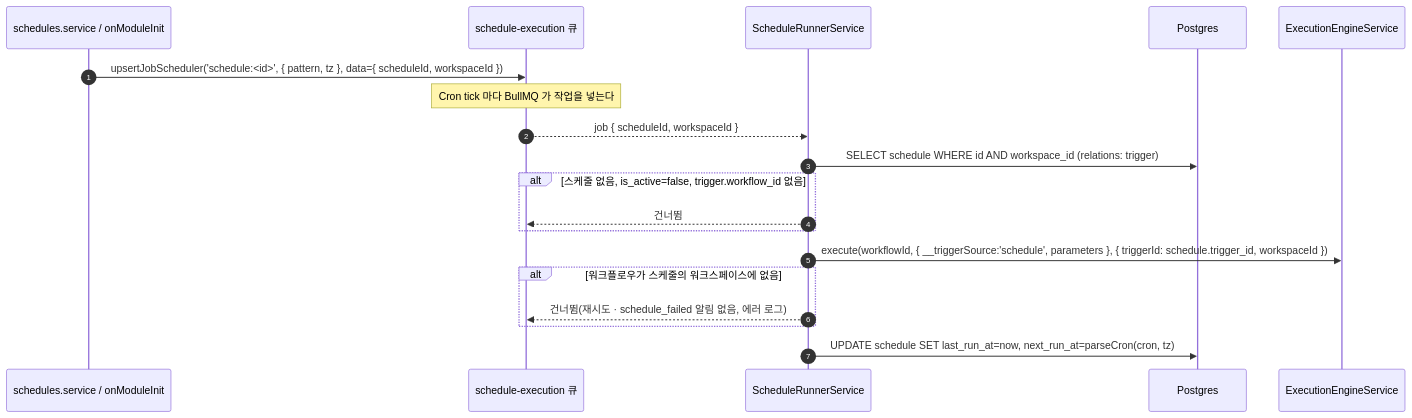
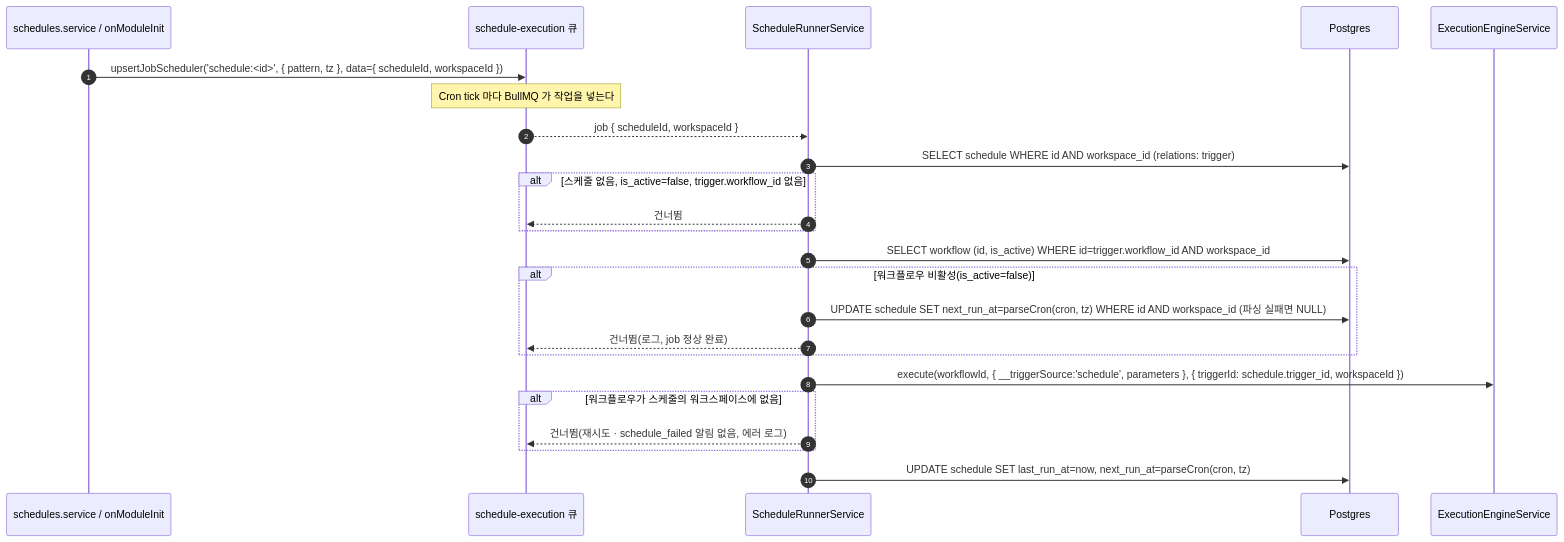
The fourth of 6 diagrams in spec/CLE-TRIG/CLE-TRIG-DATA.md (worker-ants/clemvion), drawn with Mermaid before and after one commit. The commit also changed other lines of this file and 36 other files, not shown here.

First line of the commit message:
꺼진 워크플로우는 웹훅 · 채팅 채널 · 스케줄로 실행하지 않고, 실행 중 /start 는 재시작한다 (CLE-T-XRWFMJ, CLE-T-V4WVF2) (#1536)

````diff
--- a/spec/CLE-TRIG/CLE-TRIG-DATA.md
+++ b/spec/CLE-TRIG/CLE-TRIG-DATA.md
@@ -284,21 +292,26 @@
 ```mermaid
 sequenceDiagram
     autonumber
     participant Reg as schedules.service / onModuleInit
     participant Q as schedule-execution 큐
     participant Proc as ScheduleRunnerService
     participant PG as Postgres
     participant Eng as ExecutionEngineService
     Reg->>Q: upsertJobScheduler('schedule:<id>', { pattern, tz }, data={ scheduleId, workspaceId })
     Note over Q: Cron tick 마다 BullMQ 가 작업을 넣는다
     Q-->>Proc: job { scheduleId, workspaceId }
     Proc->>PG: SELECT schedule WHERE id AND workspace_id (relations: trigger)
     alt 스케줄 없음, is_active=false, trigger.workflow_id 없음
         Proc-->>Q: 건너뜀
     end
+    Proc->>PG: SELECT workflow (id, is_active) WHERE id=trigger.workflow_id AND workspace_id
+    alt 워크플로우 비활성(is_active=false)
+        Proc->>PG: UPDATE schedule SET next_run_at=parseCron(cron, tz) WHERE id AND workspace_id (파싱 실패면 NULL)
+        Proc-->>Q: 건너뜀(로그, job 정상 완료)
+    end
     Proc->>Eng: execute(workflowId, { __triggerSource:'schedule', parameters }, { triggerId: schedule.trigger_id, workspaceId })
     alt 워크플로우가 스케줄의 워크스페이스에 없음
         Proc-->>Q: 건너뜀(재시도 · schedule_failed 알림 없음, 에러 로그)
     end
     Proc->>PG: UPDATE schedule SET last_run_at=now, next_run_at=parseCron(cron, tz)
 ```
````
